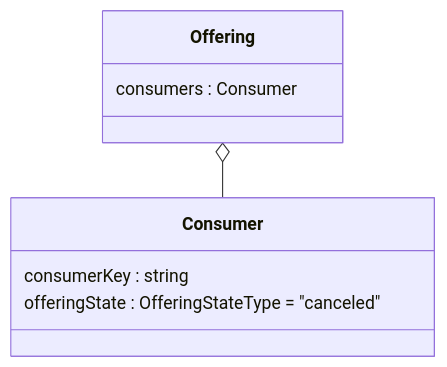
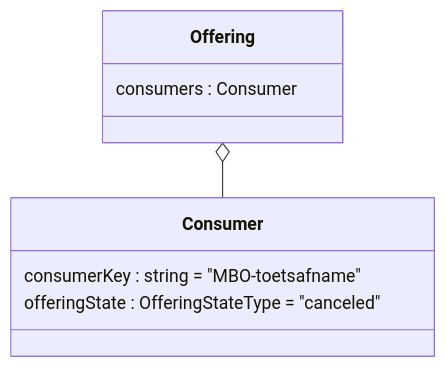
Before and after one commit to NetwerkExamineringDigitalisering/NED-OOAPI: the ninth of 10 diagrams in doc/flow2.md, drawn with Mermaid. The commit also changed other lines of this file, not shown here.

First line of the commit message:
Update flow2.md

````diff
--- a/doc/flow2.md
+++ b/doc/flow2.md
@@ -365,11 +366,11 @@
 ```mermaid
 classDiagram
     class Offering {
 	consumers : Consumer
     }
     class Consumer {
-    	consumerKey : string
+    	consumerKey : string = "MBO-toetsafname"
 	offeringState : OfferingStateType = "canceled"
     }
     Offering o-- Consumer
 ```
````
